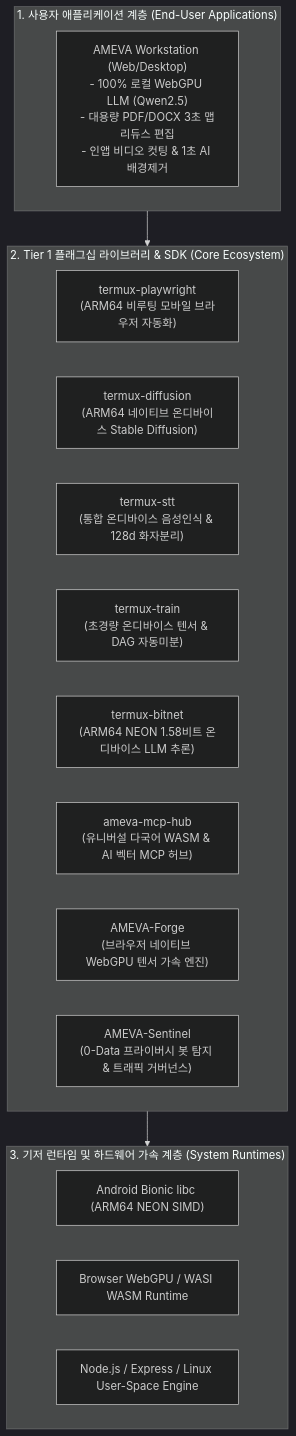
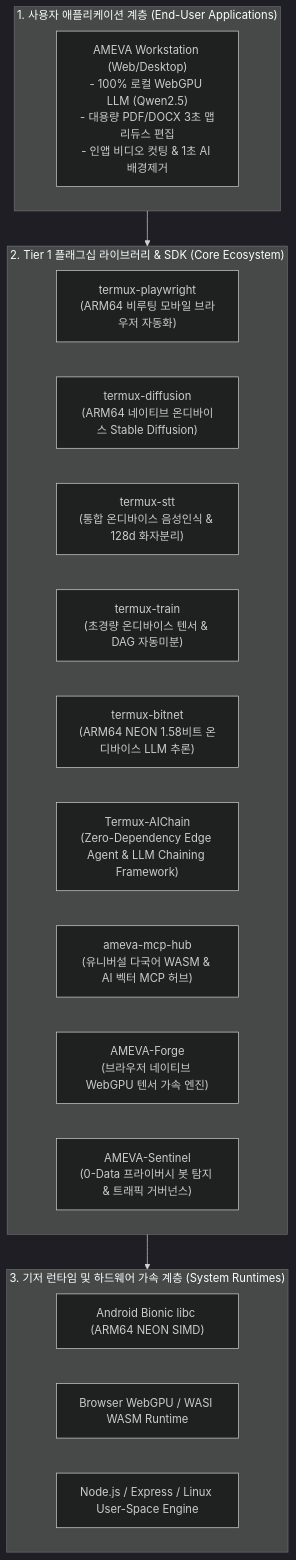
One commit to uno-km/uno-km changed the diagram in FOUNDATION.md. Above: the diagram before and after it, drawn with Mermaid (dark theme). The commit also changed 292 other files, not shown here.

Commit message:
fix(nav): overhaul foundation & library sidebars with clean 3-tier structure, integrate Termux-AIChain, unify package headers, and eliminate redundant sub-menus

````diff
--- a/FOUNDATION.md
+++ b/FOUNDATION.md
@@ -80,26 +80,27 @@
 ```mermaid
 flowchart TD
     subgraph AppLayer ["1. 사용자 애플리케이션 계층 (End-User Applications)"]
         Workstation["AMEVA Workstation (Web/Desktop)<br/>- 100% 로컬 WebGPU LLM (Qwen2.5)<br/>- 대용량 PDF/DOCX 3초 맵리듀스 편집<br/>- 인앱 비디오 컷팅 & 1초 AI 배경제거"]
     end
 
     subgraph CoreLibs ["2. Tier 1 플래그십 라이브러리 & SDK (Core Ecosystem)"]
         Playwright["termux-playwright<br/>(ARM64 비루팅 모바일 브라우저 자동화)"]
         Diffusion["termux-diffusion<br/>(ARM64 네이티브 온디바이스 Stable Diffusion)"]
         STT["termux-stt<br/>(통합 온디바이스 음성인식 & 128d 화자분리)"]
         Train["termux-train<br/>(초경량 온디바이스 텐서 & DAG 자동미분)"]
         BitNet["termux-bitnet<br/>(ARM64 NEON 1.58비트 온디바이스 LLM 추론)"]
+        AIChain["Termux-AIChain<br/>(Zero-Dependency Edge Agent & LLM Chaining Framework)"]
         MCPHub["ameva-mcp-hub<br/>(유니버설 다국어 WASM & AI 벡터 MCP 허브)"]
         Forge["AMEVA-Forge<br/>(브라우저 네이티브 WebGPU 텐서 가속 엔진)"]
         Sentinel["AMEVA-Sentinel<br/>(0-Data 프라이버시 봇 탐지 & 트래픽 거버넌스)"]
     end
 
     subgraph RuntimeLayer ["3. 기저 런타임 및 하드웨어 가속 계층 (System Runtimes)"]
         AndroidBionic["Android Bionic libc (ARM64 NEON SIMD)"]
         WebGPU_WASM["Browser WebGPU / WASI WASM Runtime"]
         NodeLinux["Node.js / Express / Linux User-Space Engine"]
     end
 
     AppLayer --> CoreLibs
     CoreLibs --> RuntimeLayer
 ```
````
